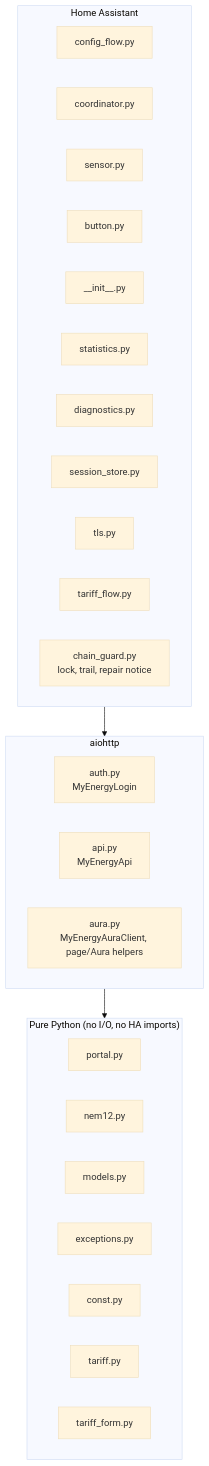
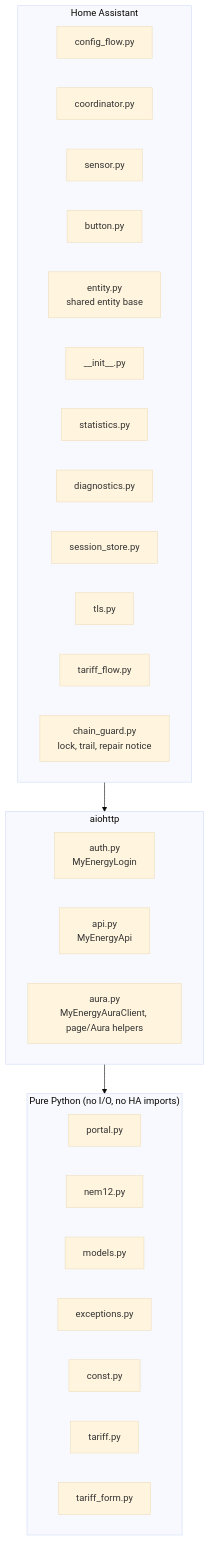
One commit to markesss/ha-citipower-myenergy changed the first of 4 diagrams in docs/ARCHITECTURE.md. Above: the diagram before and after it, drawn with Mermaid (base theme). The commit also changed 2 other files, not shown here.

Commit message:
Document removing the integration and the entity.py module

````diff
--- a/docs/ARCHITECTURE.md
+++ b/docs/ARCHITECTURE.md
@@ -5,35 +5,36 @@
 ```mermaid
 flowchart TB
     subgraph ha["Home Assistant"]
         direction LR
         cf["config_flow.py"]
         co["coordinator.py"]
         se["sensor.py"]
         bu["button.py"]
+        en["entity.py<br/>shared entity base"]
         ini["__init__.py"]
         st["statistics.py"]
         di["diagnostics.py"]
         ss["session_store.py"]
         tls["tls.py"]
         tf["tariff_flow.py"]
         cg["chain_guard.py<br/>lock, trail, repair notice"]
     end
     subgraph io["aiohttp"]
         direction LR
         auth["auth.py<br/>MyEnergyLogin"]
         api["api.py<br/>MyEnergyApi"]
         aura["aura.py<br/>MyEnergyAuraClient, page/Aura helpers"]
     end
     subgraph pure["Pure Python (no I/O, no HA imports)"]
         direction LR
         portal["portal.py"]
         nem12["nem12.py"]
         models["models.py"]
         exc["exceptions.py"]
         const["const.py"]
         tariff["tariff.py"]
         tform["tariff_form.py"]
     end
     ha --> io
     io --> pure
 ```
````
